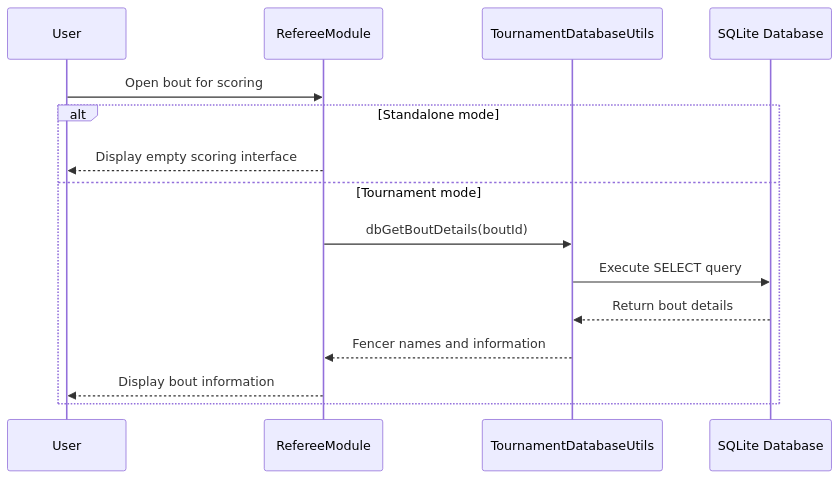
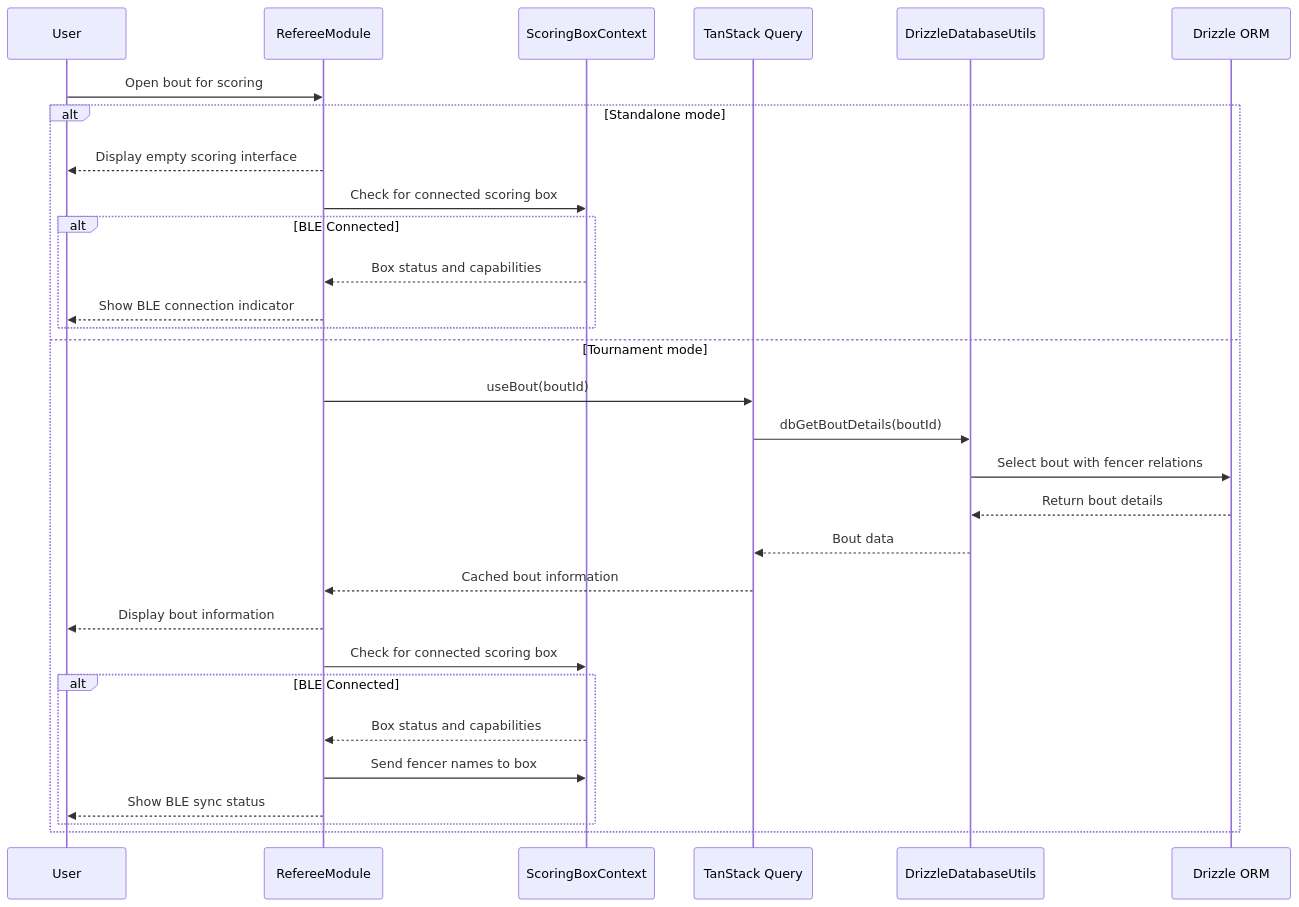
Before and after one commit to FencingSeniorDesign/client: diagram 18 of 38 in docs/Spring Quarter Deliverables/SDD.md, drawn with Mermaid. The commit also changed other lines of this file, not shown here.

````diff
--- a/docs/Spring Quarter Deliverables/SDD.md
+++ b/docs/Spring Quarter Deliverables/SDD.md
@@ -654,18 +692,33 @@
 ```mermaid
 sequenceDiagram
     participant User
     participant Referee as RefereeModule
-    participant DB as TournamentDatabaseUtils
-    participant SQLite as SQLite Database
+    participant BLE as ScoringBoxContext
+    participant Query as TanStack Query
+    participant DB as DrizzleDatabaseUtils
+    participant Drizzle as Drizzle ORM
 
     User->>Referee: Open bout for scoring
     alt Standalone mode
         Referee-->>User: Display empty scoring interface
+        Referee->>BLE: Check for connected scoring box
+        alt BLE Connected
+            BLE-->>Referee: Box status and capabilities
+            Referee-->>User: Show BLE connection indicator
+        end
     else Tournament mode
-        Referee->>DB: dbGetBoutDetails(boutId)
-        DB->>SQLite: Execute SELECT query
-        SQLite-->>DB: Return bout details
-        DB-->>Referee: Fencer names and information
+        Referee->>Query: useBout(boutId)
+        Query->>DB: dbGetBoutDetails(boutId)
+        DB->>Drizzle: Select bout with fencer relations
+        Drizzle-->>DB: Return bout details
+        DB-->>Query: Bout data
+        Query-->>Referee: Cached bout information
         Referee-->>User: Display bout information
+        Referee->>BLE: Check for connected scoring box
+        alt BLE Connected
+            BLE-->>Referee: Box status and capabilities
+            Referee->>BLE: Send fencer names to box
+            Referee-->>User: Show BLE sync status
+        end
     end
 ```
````
